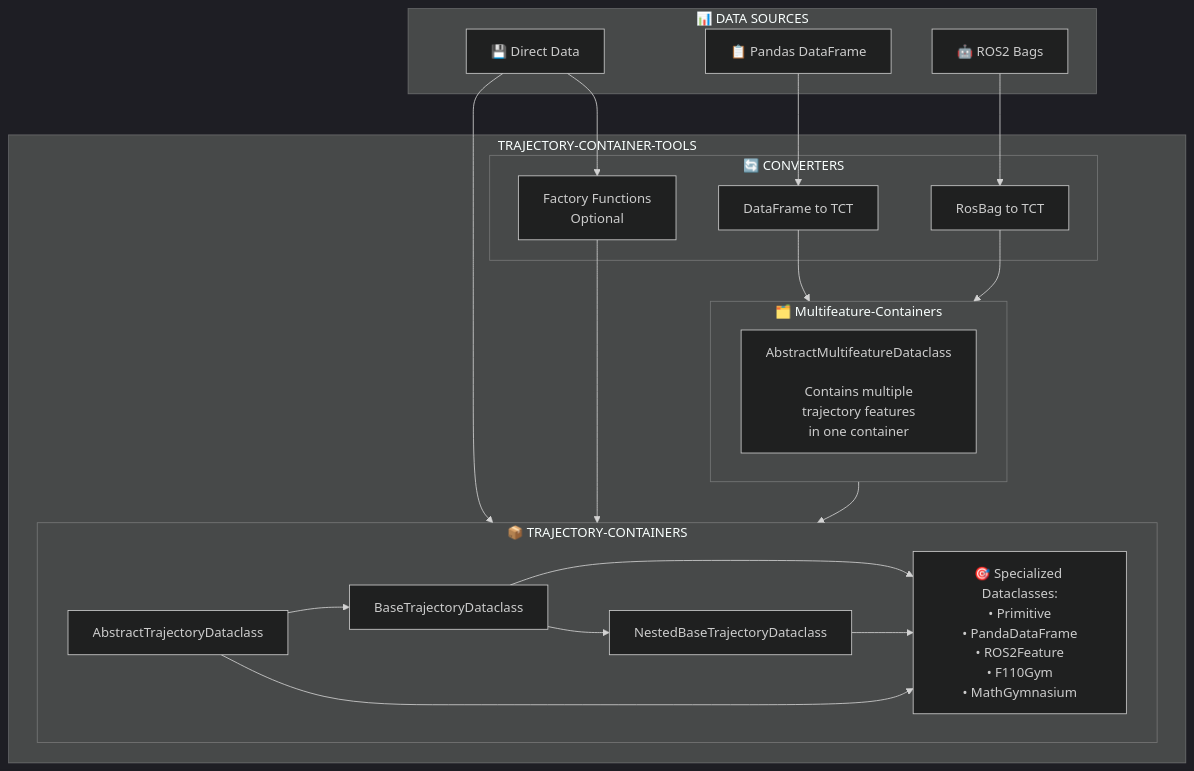
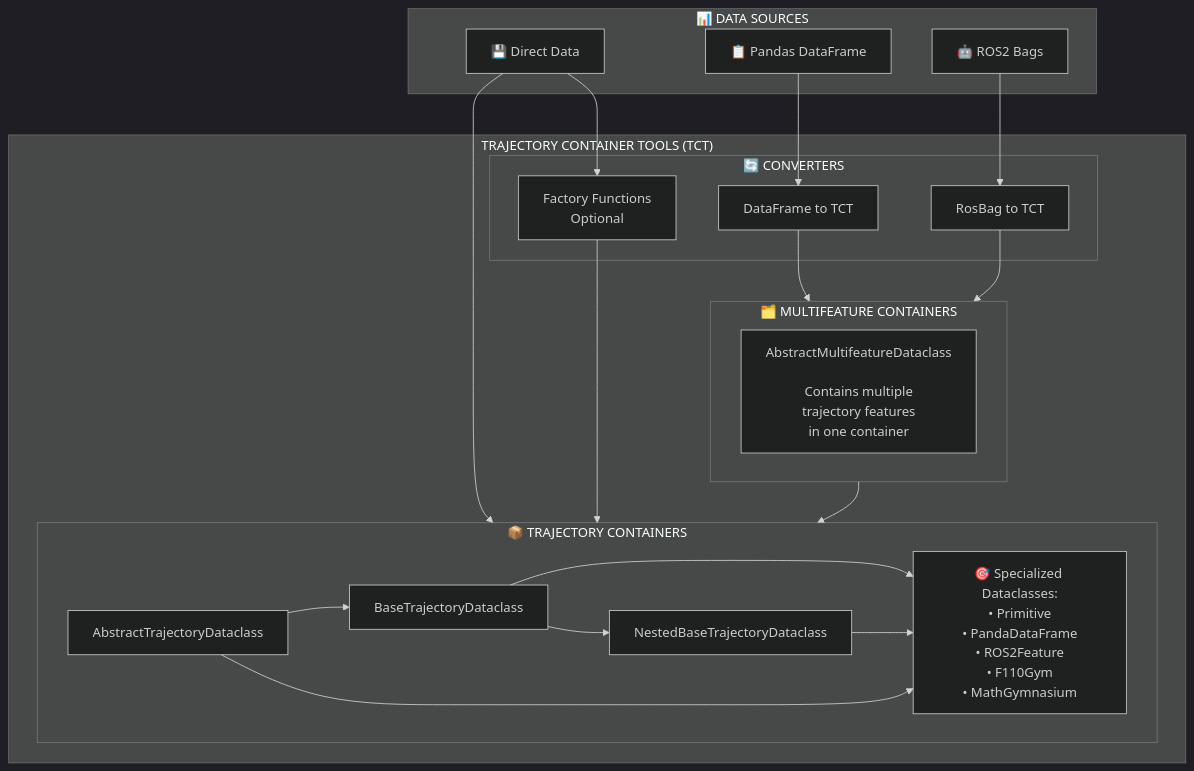
The diagram in documentation/README.md (norlab-ulaval/trajectory-container-tools), drawn with Mermaid (dark theme) before and after one commit.

Commit message:
docs: enhance mermaid diagrams with non-breaking spaces
- Added non-breaking spaces in mermaid diagrams within `README.md` to ensure
  proper spacing and alignment of titles and labels across all subgraphs.
- Improved visual coherence by preventing unwanted line breaks in diagram elements.

Issue TCT-33

````diff
--- a/documentation/README.md
+++ b/documentation/README.md
@@ -29,45 +29,45 @@
 ```mermaid
 graph TB
-    subgraph DS["📊 DATA SOURCES"]
+    subgraph DS["📊&nbsp;DATA&nbsp;SOURCES"]
         DF[📋 Pandas DataFrame]
         ROS[🤖 ROS2 Bags]
         DD[💾 Direct Data]
     end
     
-    subgraph TCT["TRAJECTORY-CONTAINER-TOOLS"]
+    subgraph TCT["TRAJECTORY&nbsp;CONTAINER&nbsp;TOOLS&nbsp;(TCT)"]
         
-        subgraph CONV["🔄 CONVERTERS"]
+        subgraph CONV["🔄&nbsp;CONVERTERS"]
             DFC[DataFrame to TCT]
             RC[RosBag to TCT]
             FF[Factory Functions<br/>Optional]
         end
         
-        subgraph MFC["🗂️ Multifeature-Containers"]
+        subgraph MFC["🗂️&nbsp;MULTIFEATURE&nbsp;CONTAINERS"]
             AMC[AbstractMultifeatureDataclass<br/><br/>Contains multiple<br/>trajectory features<br/>in one container]
         end
         
-        subgraph TC["📦 TRAJECTORY-CONTAINERS"]
+        subgraph TC["📦&nbsp;TRAJECTORY&nbsp;CONTAINERS"]
             ATC[AbstractTrajectoryDataclass]
             BTC[BaseTrajectoryDataclass]
             NBTC[NestedBaseTrajectoryDataclass]
             SC[🎯 Specialized Dataclasses:<br/>• Primitive<br/>• PandaDataFrame<br/>• ROS2Feature<br/>• F110Gym<br/>• MathGymnasium<br/>]
         end
     end
     
     %% Data flow connections
     ROS --> RC
     DD --> FF
     DF --> DFC
         
     DFC --> MFC
     RC --> MFC
         
     DD --> TC
     FF --> TC
     MFC --> TC 
     
     ATC --> BTC --> SC
     BTC --> NBTC --> SC 
     ATC --> SC
     
 ```
````
